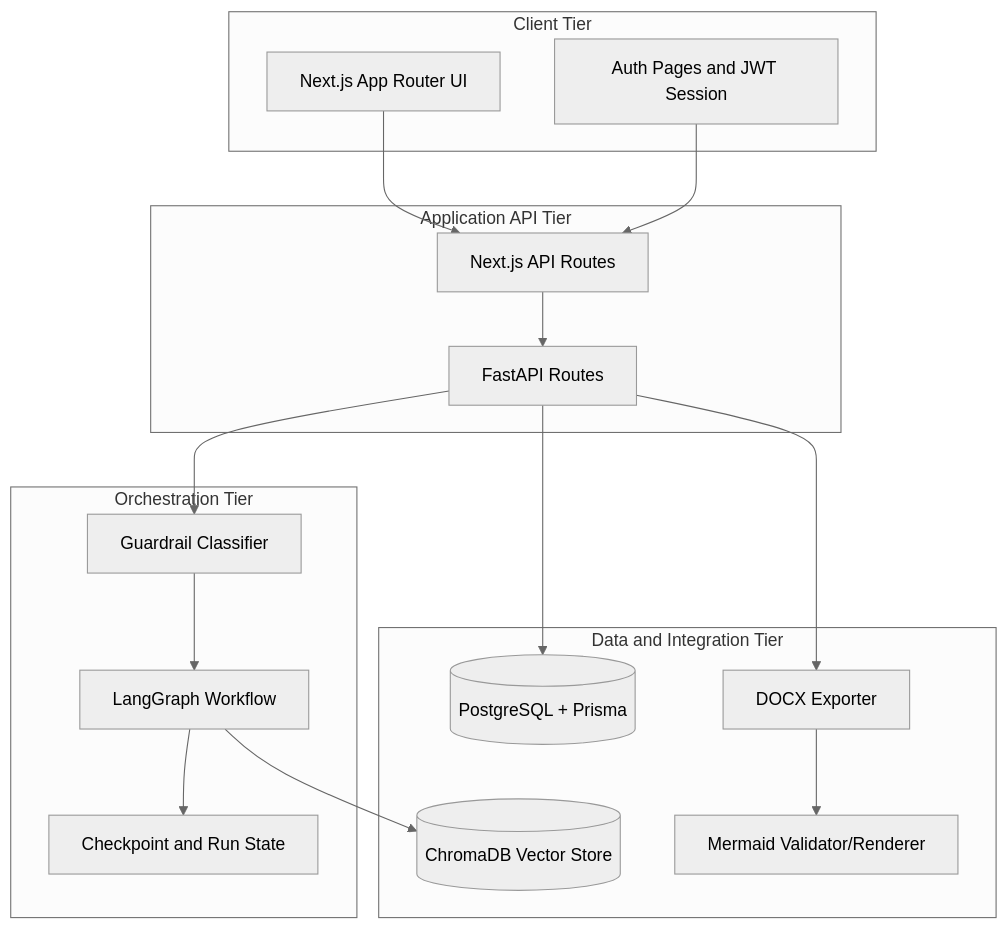
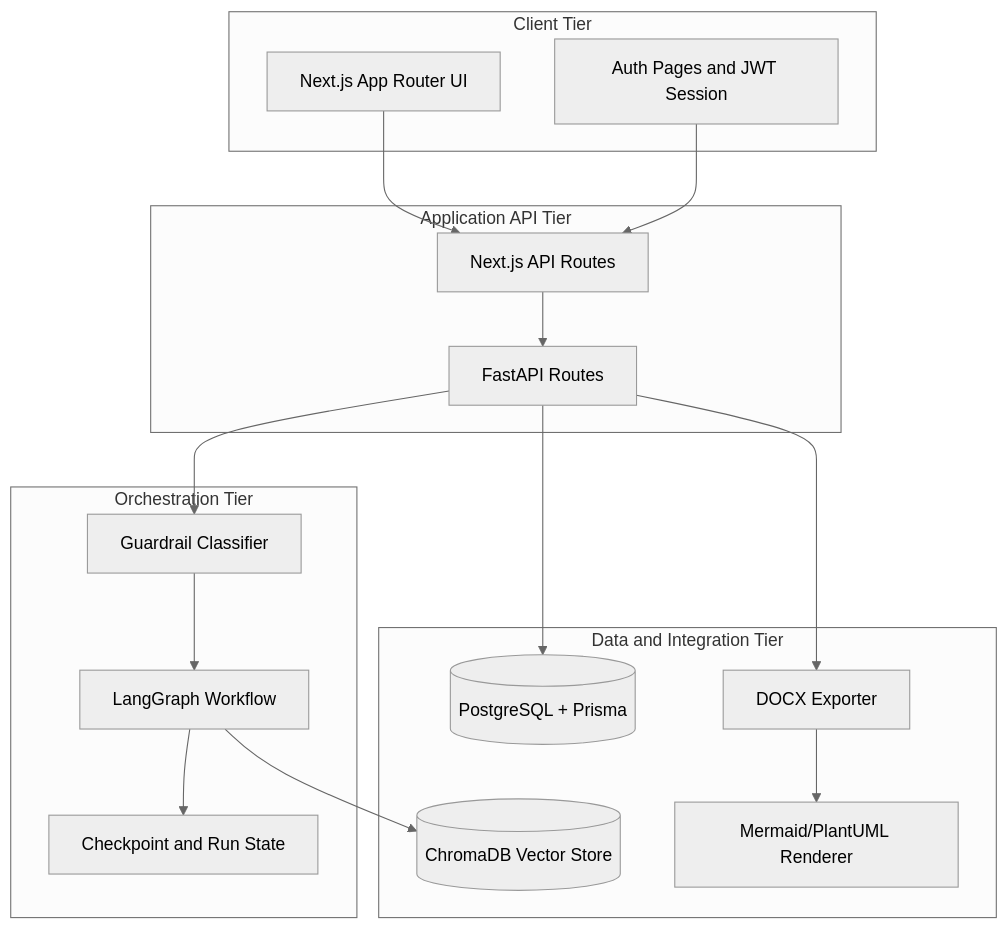
One commit to Ta1al/automated-SRS-generator changed the second of 4 diagrams in documentation/design_document.md. Above: the diagram before and after it, drawn with Mermaid (neutral theme). The commit also changed other lines of this file and 5 other files, not shown here.

First line of the commit message:
Enhance documentation with updated data flow diagrams, design document, ER diagram, and new use case diagram

````diff
--- a/documentation/design_document.md
+++ b/documentation/design_document.md
@@ -41,36 +38,36 @@
 ```mermaid
 flowchart TB
     subgraph Client[Client Tier]
         UI[Next.js App Router UI]
         Auth[Auth Pages and JWT Session]
     end
 
     subgraph Edge[Application API Tier]
         NAPI[Next.js API Routes]
         BAPI[FastAPI Routes]
     end
 
     subgraph Core[Orchestration Tier]
         Guard[Guardrail Classifier]
         LG[LangGraph Workflow]
         Check[Checkpoint and Run State]
     end
 
     subgraph Infra[Data and Integration Tier]
         PG[(PostgreSQL + Prisma)]
         VS[(ChromaDB Vector Store)]
         DOCX[DOCX Exporter]
-        MMD[Mermaid Validator/Renderer]
+        MMD[Mermaid/PlantUML Renderer]
     end
 
     UI --> NAPI
     Auth --> NAPI
     NAPI --> BAPI
     BAPI --> Guard
     Guard --> LG
     LG --> Check
     LG --> VS
     BAPI --> PG
     BAPI --> DOCX
     DOCX --> MMD
 ```
````
